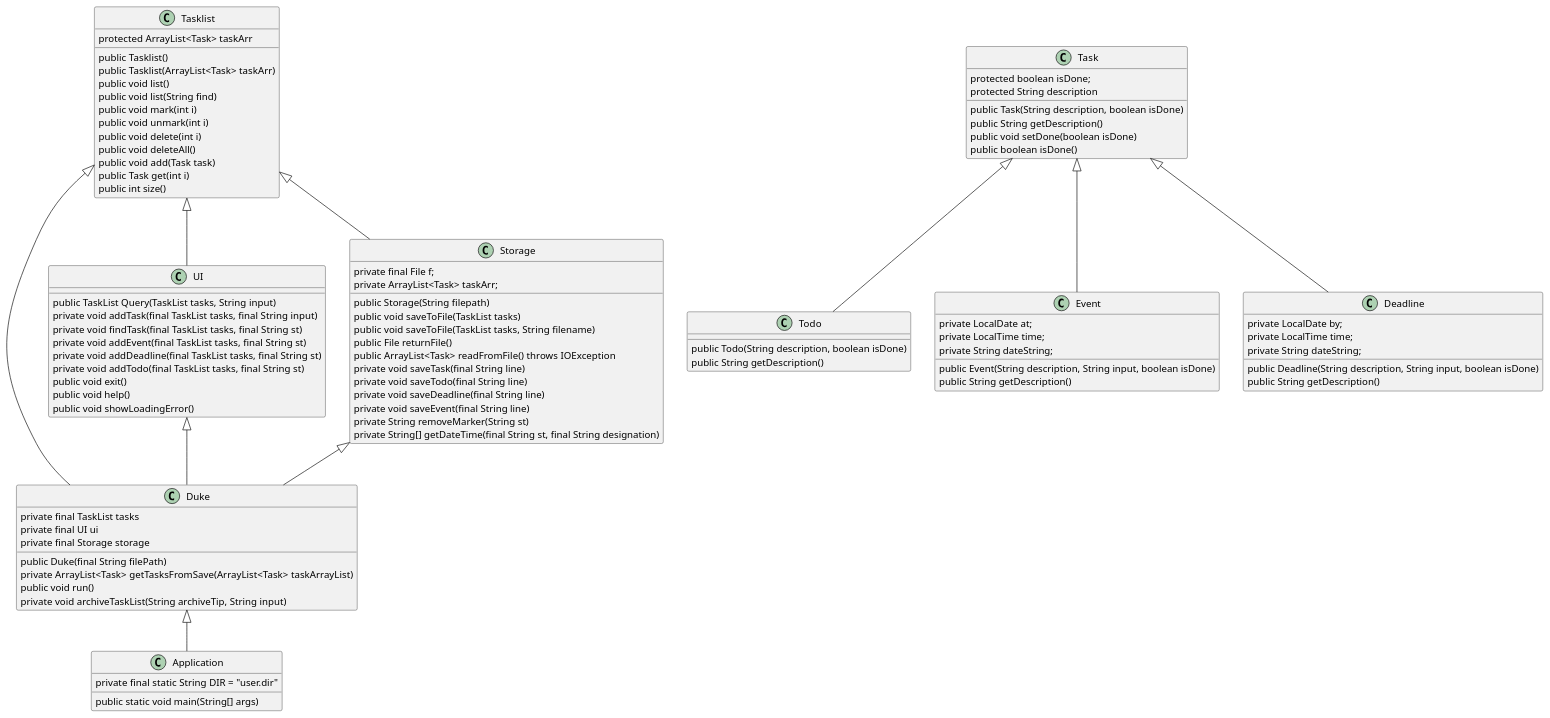
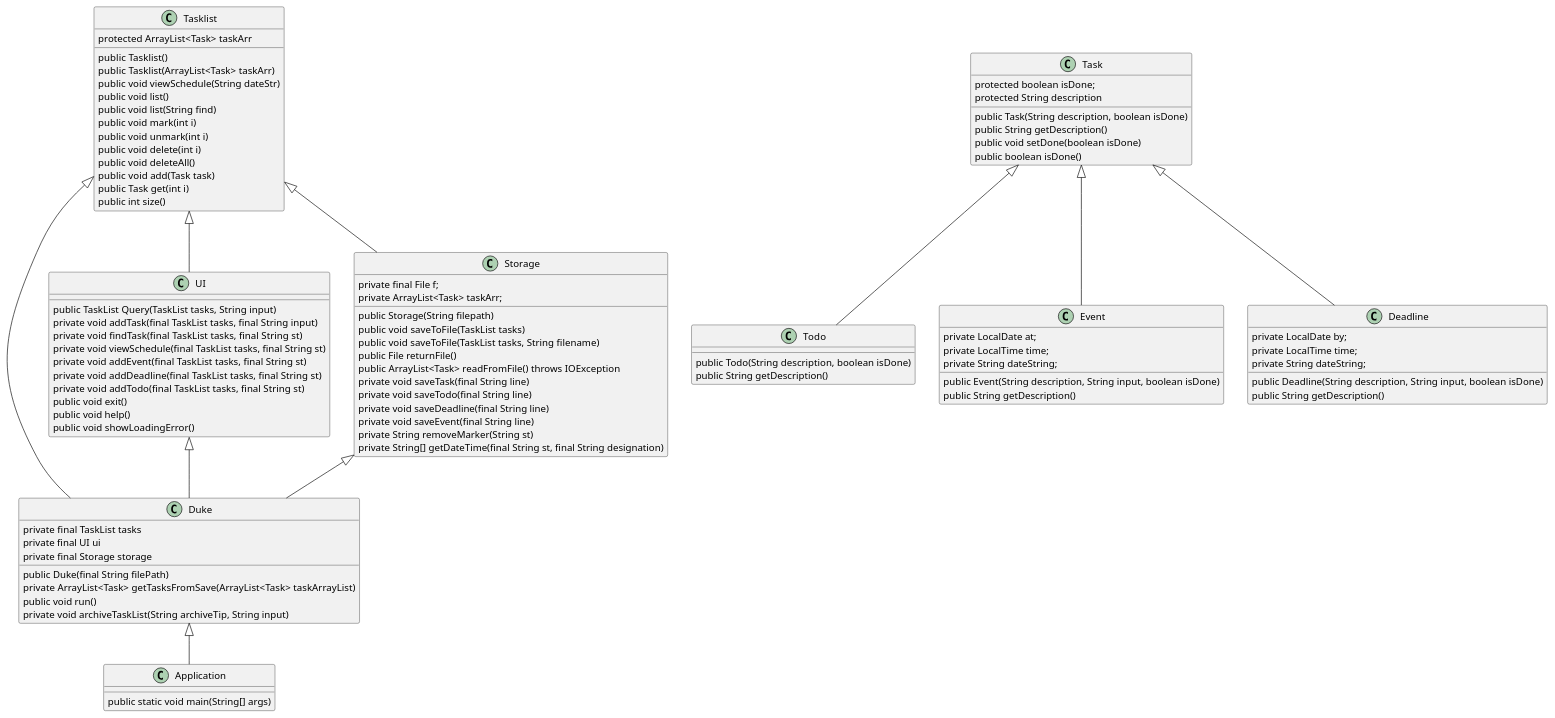
One commit to nus-tic2002-2022/ip changed the diagram in src/main/java/uml.puml. Above: the diagram before and after it, drawn with PlantUML. The commit also changed 14 other files, not shown here.

```diff
--- a/src/main/java/uml.puml
+++ b/src/main/java/uml.puml
@@ -1,100 +1,101 @@
 @startuml
 'https://plantuml.com/class-diagram
 
 Duke <|-- Application
 UI <|-- Duke
 Tasklist <|-- Duke
 Storage <|-- Duke
 Tasklist <|-- Storage
 Tasklist <|-- UI
 
 class Application {
-    private final static String DIR = "user.dir"
     public static void main(String[] args)
 }
 
 class Duke {
     private final TaskList tasks
     private final UI ui
     private final Storage storage
     public Duke(final String filePath)
     private ArrayList<Task> getTasksFromSave(ArrayList<Task> taskArrayList)
     public void run()
     private void archiveTaskList(String archiveTip, String input)
 }
 
 class Tasklist {
     protected ArrayList<Task> taskArr
     public Tasklist()
     public Tasklist(ArrayList<Task> taskArr)
+    public void viewSchedule(String dateStr)
     public void list()
     public void list(String find)
     public void mark(int i)
     public void unmark(int i)
     public void delete(int i)
     public void deleteAll()
     public void add(Task task)
     public Task get(int i)
     public int size()
 }
 
 class Storage {
     private final File f;
     private ArrayList<Task> taskArr;
     public Storage(String filepath)
     public void saveToFile(TaskList tasks)
     public void saveToFile(TaskList tasks, String filename)
     public File returnFile()
     public ArrayList<Task> readFromFile() throws IOException
     private void saveTask(final String line)
     private void saveTodo(final String line)
     private void saveDeadline(final String line)
     private void saveEvent(final String line)
     private String removeMarker(String st)
     private String[] getDateTime(final String st, final String designation)
 }
 
 class UI {
     public TaskList Query(TaskList tasks, String input)
     private void addTask(final TaskList tasks, final String input)
     private void findTask(final TaskList tasks, final String st)
+    private void viewSchedule(final TaskList tasks, final String st)
     private void addEvent(final TaskList tasks, final String st)
     private void addDeadline(final TaskList tasks, final String st)
     private void addTodo(final TaskList tasks, final String st)
     public void exit()
     public void help()
     public void showLoadingError()
 }
 
 class Task {
     protected boolean isDone;
     protected String description
     public Task(String description, boolean isDone)
     public String getDescription()
     public void setDone(boolean isDone)
     public boolean isDone()
 }
 
 class Todo extends Task {
     public Todo(String description, boolean isDone)
     public String getDescription()
  }
 
 class Event extends Task{
     private LocalDate at;
     private LocalTime time;
     private String dateString;
     public Event(String description, String input, boolean isDone)
     public String getDescription()
  }
 
  class Deadline extends Task{
      private LocalDate by;
      private LocalTime time;
      private String dateString;
      public Deadline(String description, String input, boolean isDone)
      public String getDescription()
  }
 
 
 @enduml
```
